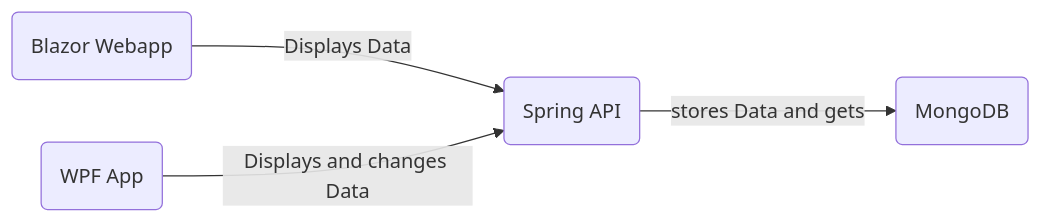
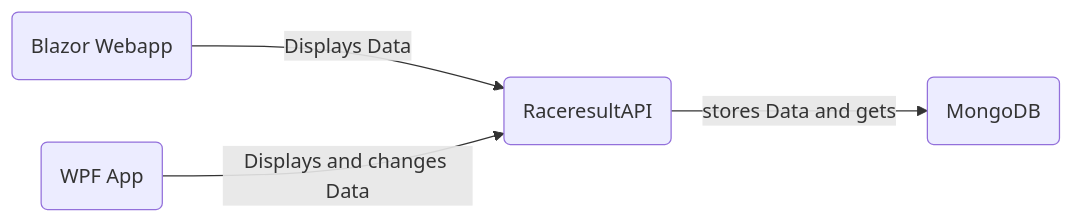
One commit to LukasPrommeg/POS_4AHINF_API_Projekt changed the diagram in README.md. Above: the diagram before and after it, drawn with Mermaid. The commit also changed other lines of this file, not shown here.

````diff
--- a/README.md
+++ b/README.md
@@ -14,7 +18,7 @@
 ```mermaid
 graph LR
 A(Blazor Webapp) -- Displays Data --> C
 B(WPF App) -- Displays and changes Data --> C
-C(Spring API) -- stores Data and gets --> D
+C(RaceresultAPI) -- stores Data and gets --> D
 D(MongoDB)
 ```
````
